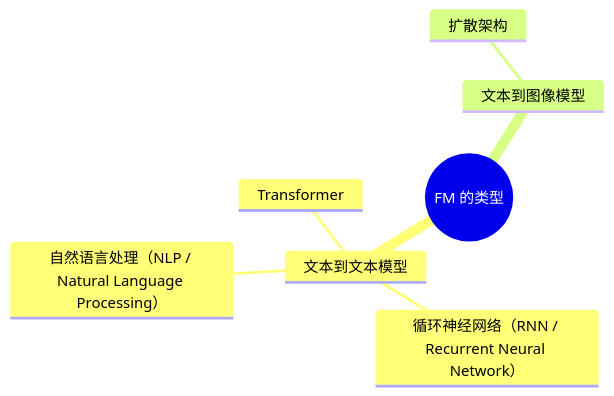
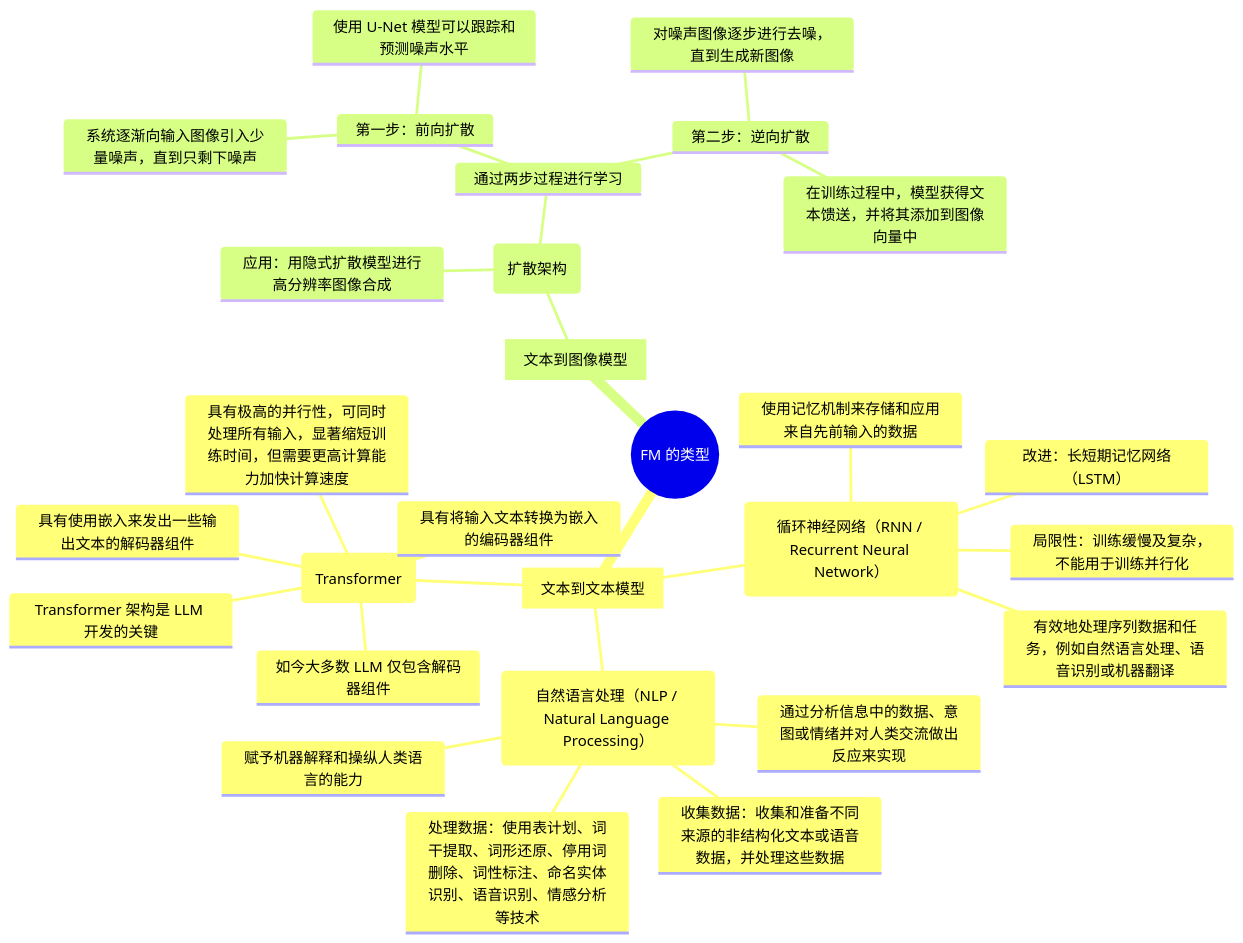
Before and after one commit to ytxmobile98/https-dev.amazoncloud.cn-learn-aitalent: the third of 3 diagrams in 技术研发效能/Module 1 - 如何使用大模型/2. 提示工程基础知识/基础模型的基础知识.md, drawn with Mermaid.

Commit message:
docs: FM的类型

````diff
--- a/技术研发效能/Module 1 - 如何使用大模型/2. 提示工程基础知识/基础模型的基础知识.md
+++ b/技术研发效能/Module 1 - 如何使用大模型/2. 提示工程基础知识/基础模型的基础知识.md
@@ -75,10 +75,31 @@
 ```mermaid
 mindmap
 ((FM 的类型))
-    文本到文本模型
-        自然语言处理（NLP / Natural Language Processing）
-        循环神经网络（RNN / Recurrent Neural Network）
-        Transformer
-    文本到图像模型
-        扩散架构
+    [文本到文本模型]
+        (自然语言处理（NLP / Natural Language Processing）)
+            赋予机器解释和操纵人类语言的能力
+            通过分析信息中的数据、意图或情绪并对人类交流做出反应来实现
+            收集数据：收集和准备不同来源的非结构化文本或语音数据，并处理这些数据
+            处理数据：使用表计划、词干提取、词形还原、停用词删除、词性标注、命名实体识别、语音识别、情感分析等技术
+        (循环神经网络（RNN / Recurrent Neural Network）)
+            使用记忆机制来存储和应用来自先前输入的数据
+            有效地处理序列数据和任务，例如自然语言处理、语音识别或机器翻译
+            局限性：训练缓慢及复杂，不能用于训练并行化
+            改进：长短期记忆网络（LSTM）
+        (Transformer)
+            具有将输入文本转换为嵌入的编码器组件
+            具有使用嵌入来发出一些输出文本的解码器组件
+            具有极高的并行性，可同时处理所有输入，显著缩短训练时间，但需要更高计算能力加快计算速度
+            Transformer 架构是 LLM 开发的关键
+            如今大多数 LLM 仅包含解码器组件
+    [文本到图像模型]
+        (扩散架构)
+            通过两步过程进行学习
+                第一步：前向扩散
+                    系统逐渐向输入图像引入少量噪声，直到只剩下噪声
+                    使用 U-Net 模型可以跟踪和预测噪声水平
+                第二步：逆向扩散
+                    对噪声图像逐步进行去噪，直到生成新图像
+                    在训练过程中，模型获得文本馈送，并将其添加到图像向量中
+            应用：用隐式扩散模型进行高分辨率图像合成
 ```
````
